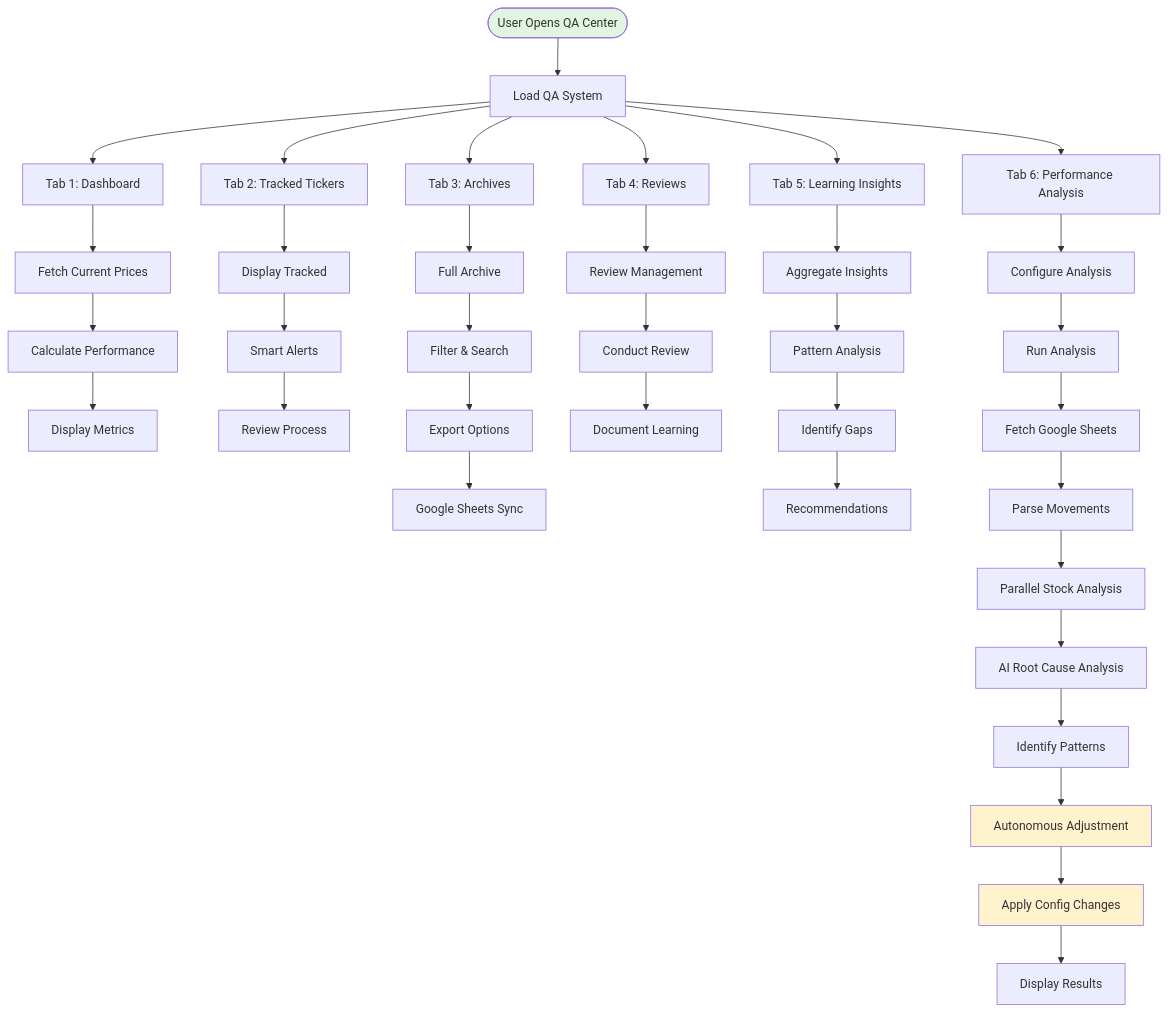
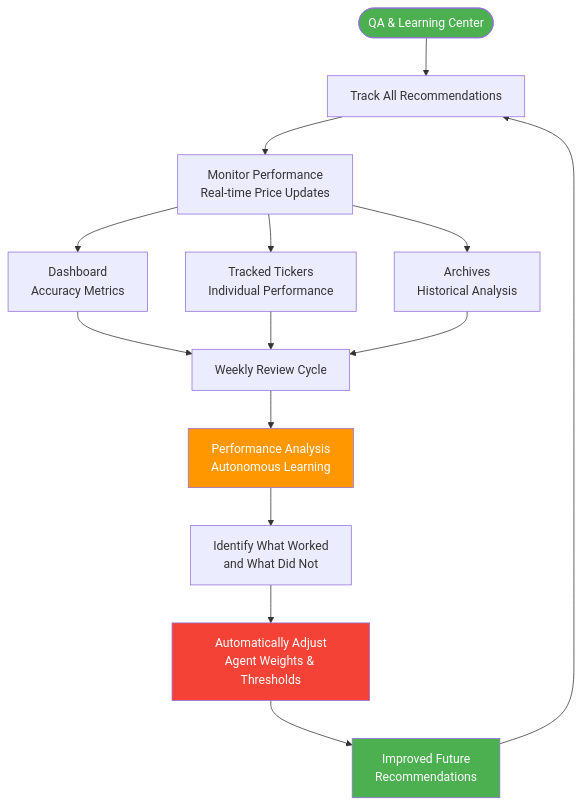
The third of 6 diagrams in SYSTEM_FLOW_DIAGRAMS.md (yaboibean2/Wharton), drawn with Mermaid before and after one commit. The commit also changed other lines of this file, not shown here.

First line of the commit message:
Redesign system flow diagrams: Clearer, more intuitive, focused on essentials

````diff
--- a/SYSTEM_FLOW_DIAGRAMS.md
+++ b/SYSTEM_FLOW_DIAGRAMS.md
@@ -178,48 +121,29 @@
 ```mermaid
 graph TB
-    Start([User Opens QA Center]) --> LoadQA[Load QA System]
+    Start([QA & Learning Center]) --> Track[Track All Recommendations]
     
-    LoadQA --> Tab1[Tab 1: Dashboard]
-    LoadQA --> Tab2[Tab 2: Tracked Tickers]
-    LoadQA --> Tab3[Tab 3: Archives]
-    LoadQA --> Tab4[Tab 4: Reviews]
-    LoadQA --> Tab5[Tab 5: Learning Insights]
-    LoadQA --> Tab6[Tab 6: Performance Analysis]
+    Track --> Monitor[Monitor Performance<br/>Real-time Price Updates]
     
-    Tab1 --> CurrentPrices[Fetch Current Prices]
-    CurrentPrices --> CalcPerf[Calculate Performance]
-    CalcPerf --> Metrics[Display Metrics]
+    Monitor --> Tab1[Dashboard<br/>Accuracy Metrics]
+    Monitor --> Tab2[Tracked Tickers<br/>Individual Performance]
+    Monitor --> Tab3[Archives<br/>Historical Analysis]
     
-    Tab2 --> TickerList[Display Tracked]
-    TickerList --> Alerts[Smart Alerts]
-    Alerts --> ReviewFlow[Review Process]
+    Tab1 --> Review[Weekly Review Cycle]
+    Tab2 --> Review
+    Tab3 --> Review
     
-    Tab3 --> Archive[Full Archive]
-    Archive --> FilterSearch[Filter & Search]
-    FilterSearch --> Export[Export Options]
-    Export --> SheetsSync[Google Sheets Sync]
+    Review --> Learn[Performance Analysis<br/>Autonomous Learning]
     
-    Tab4 --> ReviewSchedule[Review Management]
-    ReviewSchedule --> Conduct[Conduct Review]
-    Conduct --> Document[Document Learning]
+    Learn --> Identify[Identify What Worked<br/>and What Did Not]
     
-    Tab5 --> Aggregate[Aggregate Insights]
-    Aggregate --> Patterns[Pattern Analysis]
-    Patterns --> ModelGaps[Identify Gaps]
-    ModelGaps --> Recommend[Recommendations]
+    Identify --> Adjust[Automatically Adjust<br/>Agent Weights & Thresholds]
     
-    Tab6 --> Configure[Configure Analysis]
-    Configure --> RunAnalysis[Run Analysis]
-    RunAnalysis --> FetchSheets[Fetch Google Sheets]
-    FetchSheets --> ParseMove[Parse Movements]
-    ParseMove --> ParallelAnal[Parallel Stock Analysis]
-    ParallelAnal --> AIAnalysis[AI Root Cause Analysis]
-    AIAnalysis --> PatternID[Identify Patterns]
-    PatternID --> Autonomous[Autonomous Adjustment]
-    Autonomous --> ApplyChanges[Apply Config Changes]
-    ApplyChanges --> Results[Display Results]
+    Adjust --> Improve[Improved Future<br/>Recommendations]
     
-    style Start fill:#e1f5e1
-    style Autonomous fill:#fff3cd
-    style ApplyChanges fill:#fff3cd
+    Improve --> Track
+    
+    style Start fill:#4CAF50,color:#fff
+    style Learn fill:#FF9800,color:#fff
+    style Adjust fill:#F44336,color:#fff
+    style Improve fill:#4CAF50,color:#fff
 ```
````
